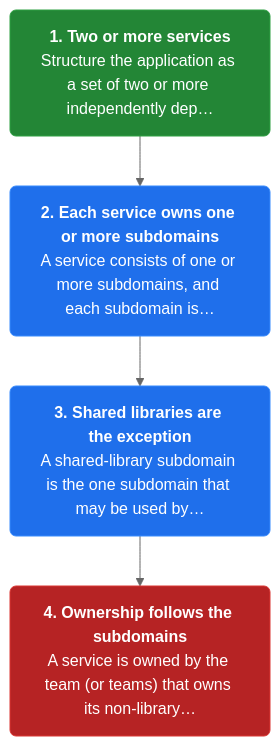
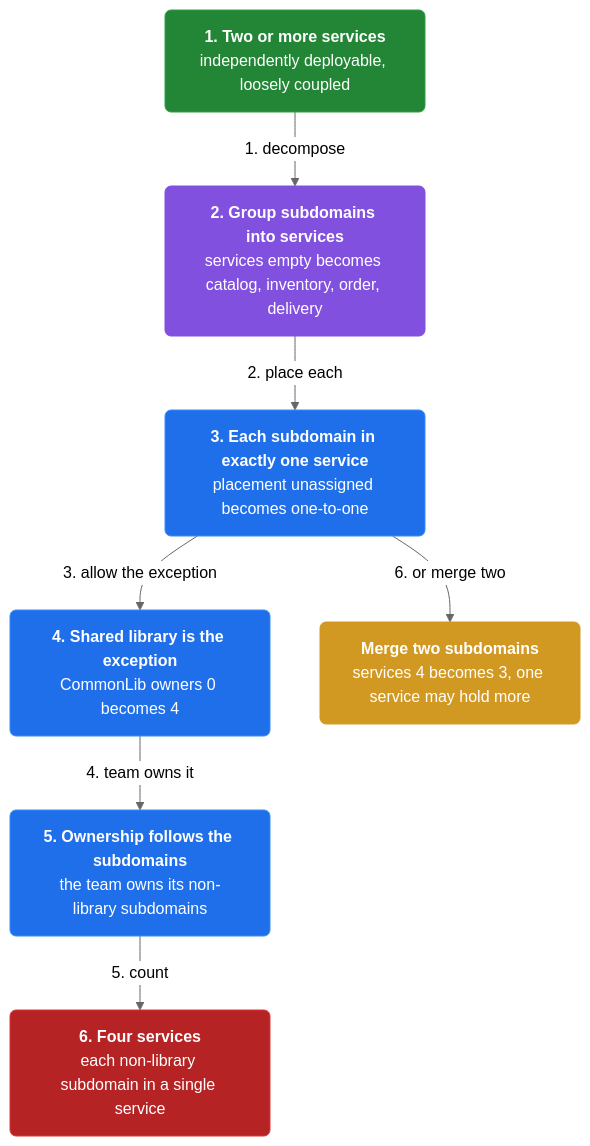
The first of 4 diagrams in docs/ch02-microservice-architecture.md (vinayakuber/microservices-io-study-guide), drawn with Mermaid (neutral theme) before and after one commit. The commit also changed other lines of this file and 46 other files, not shown here.

First line of the commit message:
Author rich branching flow diagrams for all 44 chapters

````diff
--- a/docs/ch02-microservice-architecture.md
+++ b/docs/ch02-microservice-architecture.md
@@ -13,13 +13,21 @@
 ```mermaid
 flowchart TD
-  classDef step fill:#1f6feb,color:#ffffff,stroke:#388bfd,stroke-width:1px,rx:6
+  classDef step fill:#1f6feb,color:#ffffff,stroke:#388bfd,rx:6
+  classDef core fill:#8250df,color:#ffffff,stroke:#8250df,rx:6
+  classDef warn fill:#d29922,color:#ffffff,stroke:#d29922,rx:6
   classDef start fill:#238636,color:#ffffff,stroke:#2ea043,rx:6
   classDef stop fill:#b62324,color:#ffffff,stroke:#da3633,rx:6
-  s0n0["<b>1. Two or more services</b><br/>Structure the application as a set of two or more independently dep…"]:::start
-  s0n1["<b>2. Each service owns one or more subdomains</b><br/>A service consists of one or more subdomains, and each subdomain is…"]:::step
-  s0n2["<b>3. Shared libraries are the exception</b><br/>A shared-library subdomain is the one subdomain that may be used by…"]:::step
-  s0n3["<b>4. Ownership follows the subdomains</b><br/>A service is owned by the team (or teams) that owns its non-library…"]:::stop
-  s0n0 --> s0n1
-  s0n1 --> s0n2
-  s0n2 --> s0n3
+  n0["<b>1. Two or more services</b><br/>independently deployable, loosely coupled"]:::start
+  n1["<b>2. Group subdomains into services</b><br/>services empty becomes catalog, inventory, order, delivery"]:::core
+  n2["<b>3. Each subdomain in exactly one service</b><br/>placement unassigned becomes one-to-one"]:::step
+  n3["<b>4. Shared library is the exception</b><br/>CommonLib owners 0 becomes 4"]:::step
+  n4["<b>5. Ownership follows the subdomains</b><br/>the team owns its non-library subdomains"]:::step
+  n5["<b>6. Four services</b><br/>each non-library subdomain in a single service"]:::stop
+  n6["<b>Merge two subdomains</b><br/>services 4 becomes 3, one service may hold more"]:::warn
+  n0 -->|"1. decompose"| n1
+  n1 -->|"2. place each"| n2
+  n2 -->|"3. allow the exception"| n3
+  n3 -->|"4. team owns it"| n4
+  n4 -->|"5. count"| n5
+  n2 -->|"6. or merge two"| n6
 ```
````
